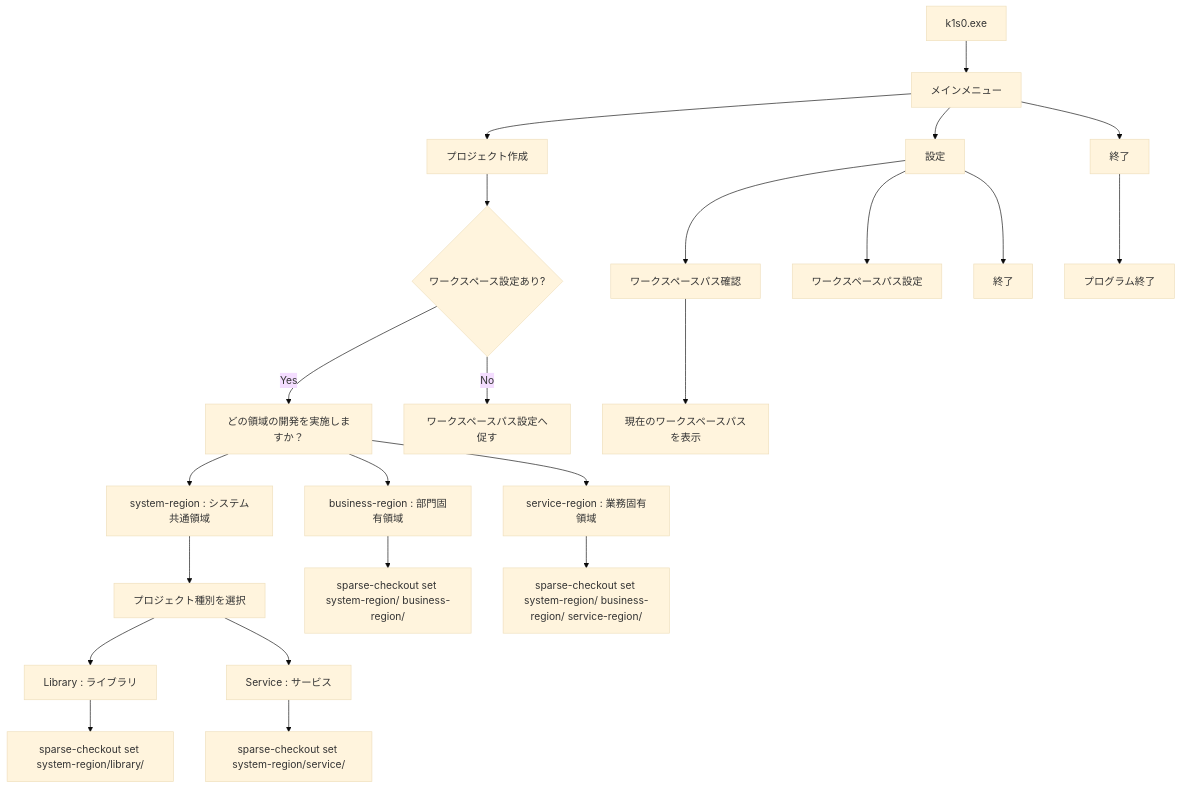
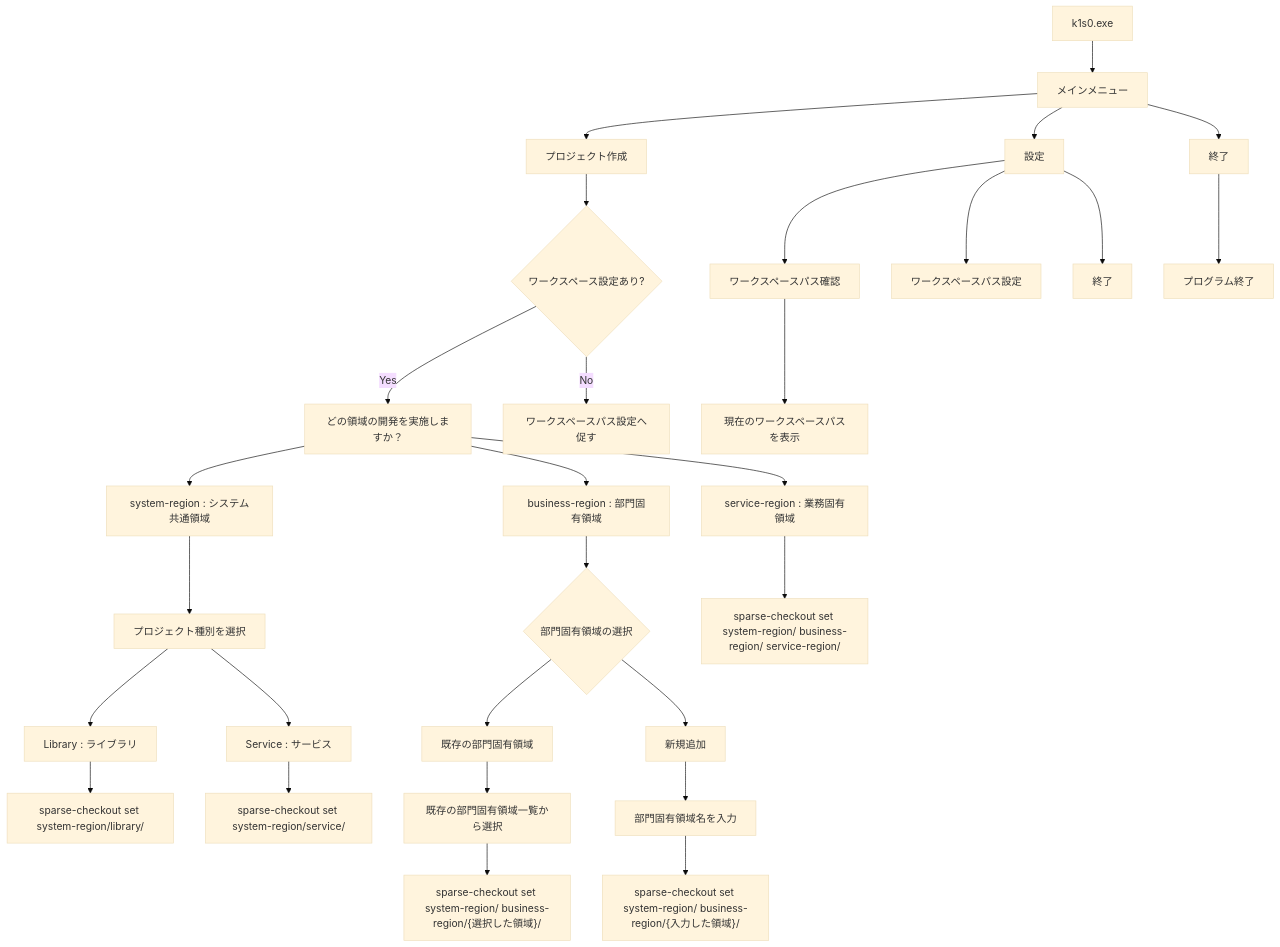
Before and after one commit to RyuheiKiso/k1s0: the diagram in docs/CLI設計書.md, drawn with Mermaid (base theme). The commit also changed 11 other files, not shown here.

````diff
--- a/docs/CLI設計書.md
+++ b/docs/CLI設計書.md
@@ -47,30 +47,36 @@
 ```mermaid
 flowchart TD
     A["k1s0.exe"] --> B["メインメニュー"]
 
     B --> C["プロジェクト作成"]
     B --> D["設定"]
     B --> E["終了"]
 
     C --> F{"ワークスペース設定あり?"}
     F -->|Yes| G["どの領域の開発を実施しますか？"]
     G --> G1["system-region : システム共通領域"]
     G --> G2["business-region : 部門固有領域"]
     G --> G3["service-region : 業務固有領域"]
     G1 --> PT["プロジェクト種別を選択"]
     PT --> PT1["Library : ライブラリ"]
     PT --> PT2["Service : サービス"]
     PT1 --> SC1a["sparse-checkout set system-region/library/"]
     PT2 --> SC1b["sparse-checkout set system-region/service/"]
-    G2 --> SC2["sparse-checkout set system-region/ business-region/"]
+    G2 --> BR{"部門固有領域の選択"}
+    BR --> BR1["既存の部門固有領域"]
+    BR --> BR2["新規追加"]
+    BR1 --> BRL["既存の部門固有領域一覧から選択"]
+    BRL --> SC2["sparse-checkout set system-region/ business-region/{選択した領域}/"]
+    BR2 --> BRN["部門固有領域名を入力"]
+    BRN --> SC2N["sparse-checkout set system-region/ business-region/{入力した領域}/"]
     G3 --> SC3["sparse-checkout set system-region/ business-region/ service-region/"]
     F -->|No| H["ワークスペースパス設定へ促す"]
 
     D --> I["ワークスペースパス確認"]
     D --> L["ワークスペースパス設定"]
     D --> J["終了"]
 
     I --> I1["現在のワークスペースパスを表示"]
 
     E --> K["プログラム終了"]
 ```
````
